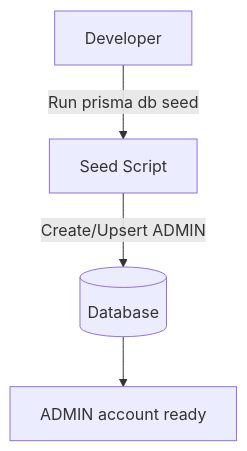
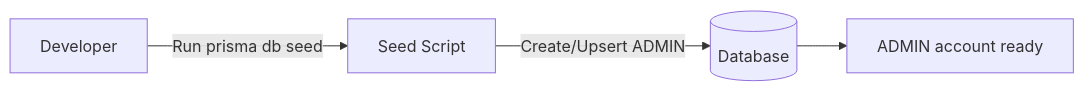
One commit to ichsanx/dms-fullstack-cybermax-v6 changed the first of 5 diagrams in README.md. Above: the diagram before and after it, drawn with Mermaid. The commit also changed other lines of this file, not shown here.

Commit message:
coba edit lagi readme

````diff
--- a/README.md
+++ b/README.md
@@ -259,6 +259,6 @@
 ```mermaid
-flowchart TD
+flowchart LR
   Dev[Developer] -->|Run prisma db seed| Seed[Seed Script]
   Seed -->|Create/Upsert ADMIN| DB[(Database)]
   DB --> Admin[ADMIN account ready]
 ```
````
